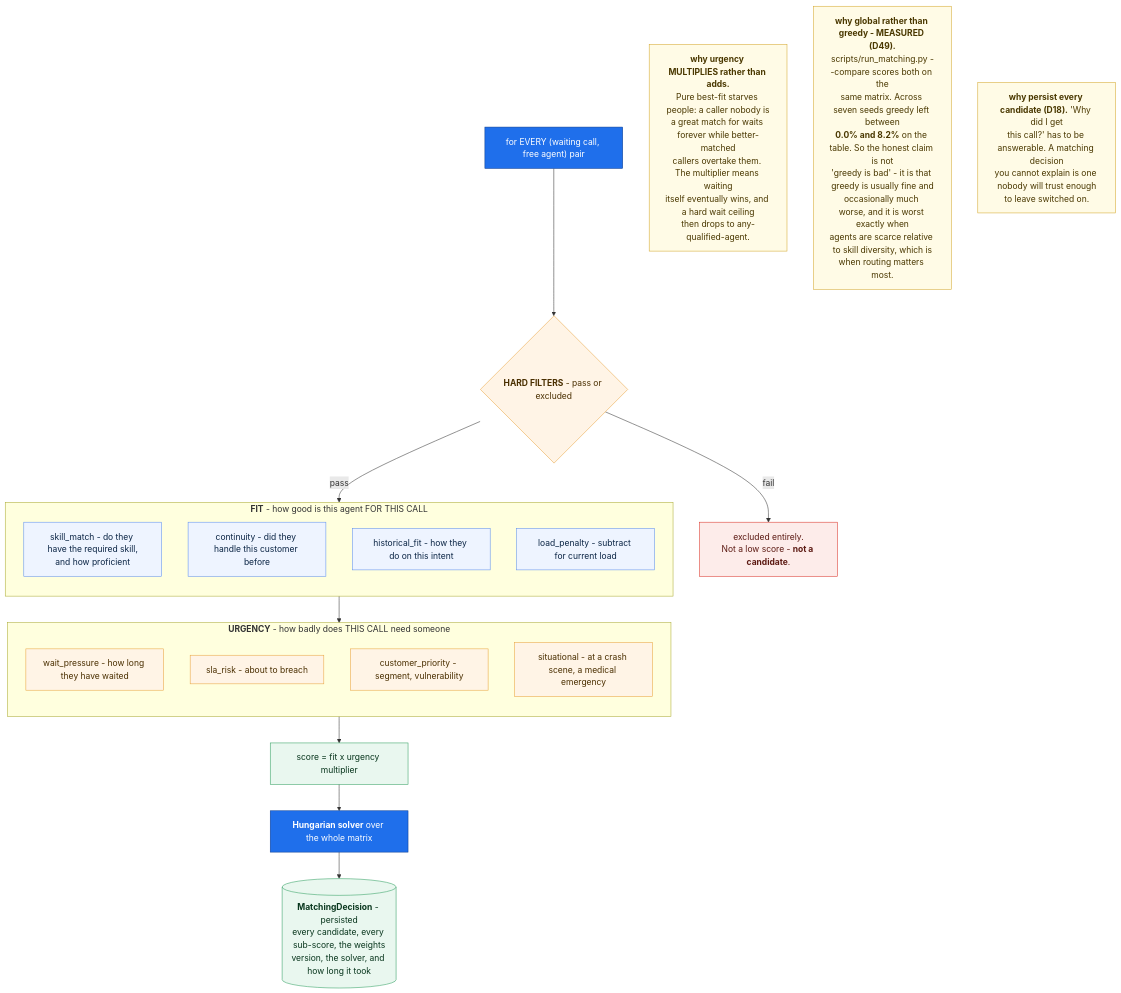
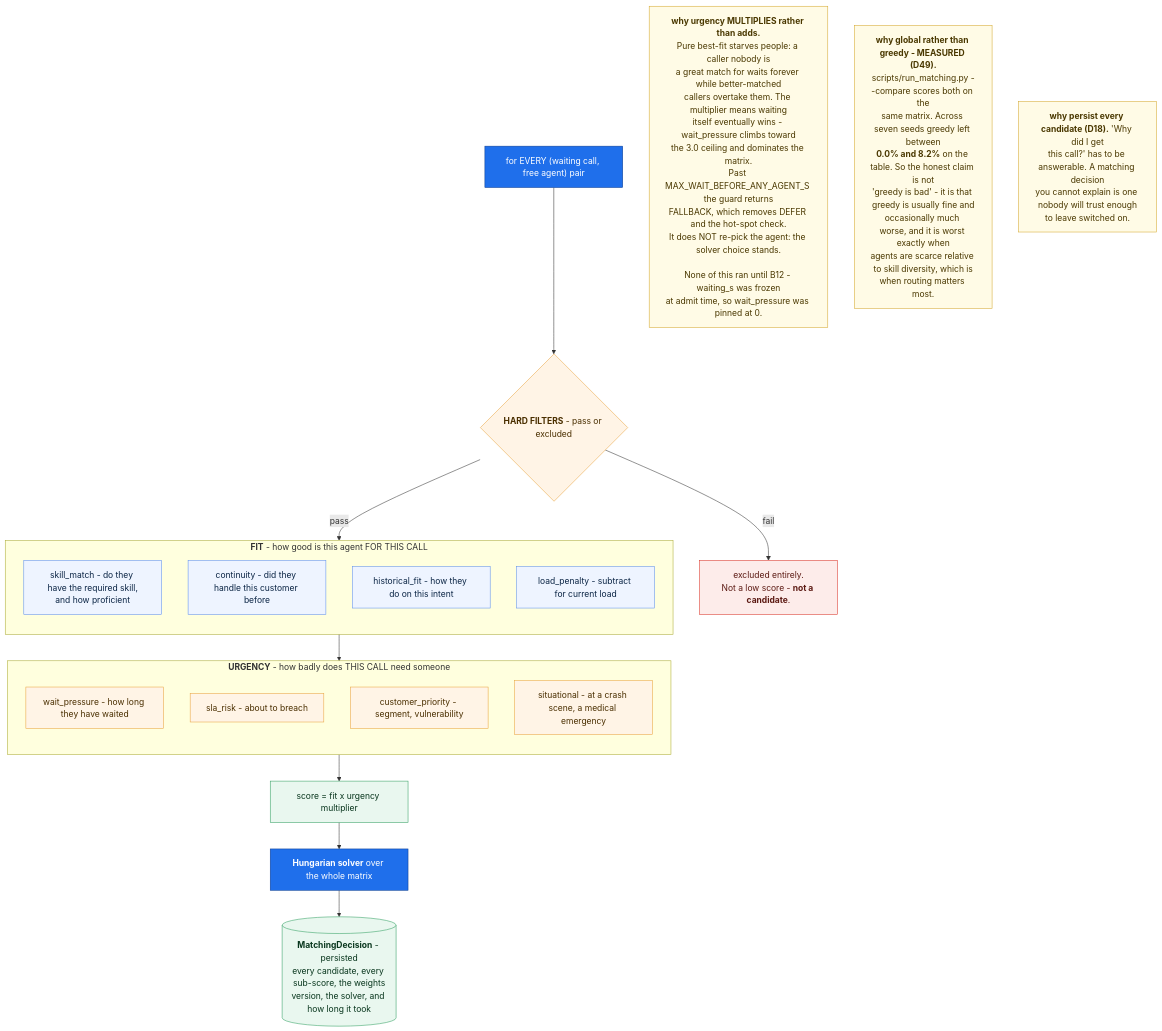
The diagram in docs/diagrams/src/matching_scoring.mmd (anakom-suvonvorn/Krungsri-ReadyCall), drawn with Mermaid before and after one commit. The commit also changed 27 other files, not shown here.

```diff
--- a/docs/diagrams/src/matching_scoring.mmd
+++ b/docs/diagrams/src/matching_scoring.mmd
@@ -1,44 +1,44 @@
-%% HANDWRITTEN. Checked against ARCHITECTURE.md S8 + D22 + D23 + FitBreakdown model
+%% HANDWRITTEN. Checked against ARCHITECTURE.md S8 + D22 + D23 + B12 + FitBreakdown model
 flowchart TB
     PAIR["for EVERY (waiting call, free agent) pair"]:::in
 
     PAIR --> HARD{"<b>HARD FILTERS</b> - pass or excluded"}:::gate
     HARD -- fail --> OUT["excluded entirely.<br/>Not a low score - <b>not a candidate</b>."]:::bad
     HARD -- pass --> FIT
 
     subgraph FIT["<b>FIT</b> - how good is this agent FOR THIS CALL"]
         direction TB
         F1["skill_match - do they have the required skill,<br/>and how proficient"]:::f
         F2["continuity - did they handle this customer before"]:::f
         F3["historical_fit - how they do on this intent"]:::f
         F4["load_penalty - subtract for current load"]:::f
     end
 
     FIT --> URG
     subgraph URG["<b>URGENCY</b> - how badly does THIS CALL need someone"]
         direction TB
         U1["wait_pressure - how long they have waited"]:::u
         U2["sla_risk - about to breach"]:::u
         U3["customer_priority - segment, vulnerability"]:::u
         U4["situational - at a crash scene, a medical emergency"]:::u
     end
 
     URG --> SCORE["score = fit x urgency multiplier"]:::score
     SCORE --> SOLVE["<b>Hungarian solver</b> over the whole matrix"]:::solve
     SOLVE --> DEC[("<b>MatchingDecision</b> - persisted<br/>every candidate, every sub-score, the weights<br/>version, the solver, and how long it took")]:::store
 
-    WHY1["<b>why urgency MULTIPLIES rather than adds.</b><br/>Pure best-fit starves people: a caller nobody is<br/>a great match for waits forever while better-matched<br/>callers overtake them. The multiplier means waiting<br/>itself eventually wins, and a hard wait ceiling<br/>then drops to any-qualified-agent."]:::note
+    WHY1["<b>why urgency MULTIPLIES rather than adds.</b><br/>Pure best-fit starves people: a caller nobody is<br/>a great match for waits forever while better-matched<br/>callers overtake them. The multiplier means waiting<br/>itself eventually wins - wait_pressure climbs toward<br/>the 3.0 ceiling and dominates the matrix.<br/>Past MAX_WAIT_BEFORE_ANY_AGENT_S the guard returns<br/>FALLBACK, which removes DEFER and the hot-spot check.<br/>It does NOT re-pick the agent: the solver choice stands.<br/><br/>None of this ran until B12 - waiting_s was frozen<br/>at admit time, so wait_pressure was pinned at 0."]:::note
 
     WHY2["<b>why global rather than greedy - MEASURED (D49).</b><br/>scripts/run_matching.py --compare scores both on the<br/>same matrix. Across seven seeds greedy left between<br/><b>0.0% and 8.2%</b> on the table. So the honest claim is not<br/>'greedy is bad' - it is that greedy is usually fine and<br/>occasionally much worse, and it is worst exactly when<br/>agents are scarce relative to skill diversity, which is<br/>when routing matters most."]:::note
 
     WHY3["<b>why persist every candidate (D18).</b> 'Why did I get<br/>this call?' has to be answerable. A matching decision<br/>you cannot explain is one nobody will trust enough<br/>to leave switched on."]:::note
 
     classDef in fill:#1f6feb,stroke:#0b3d91,color:#fff
     classDef gate fill:#fff4e6,stroke:#e8a33d,color:#4a2f00
     classDef bad fill:#fdecea,stroke:#d93025,color:#5c1a13
     classDef f fill:#eef4ff,stroke:#5b8def,color:#0b2545
     classDef u fill:#fff4e6,stroke:#e8a33d,color:#4a2f00
     classDef score fill:#e9f7ef,stroke:#2f9e5f,color:#08361d
     classDef solve fill:#1f6feb,stroke:#0b3d91,color:#fff
     classDef store fill:#e9f7ef,stroke:#2f9e5f,color:#08361d
     classDef note fill:#fffbe6,stroke:#d4a72c,color:#4a3800
```
